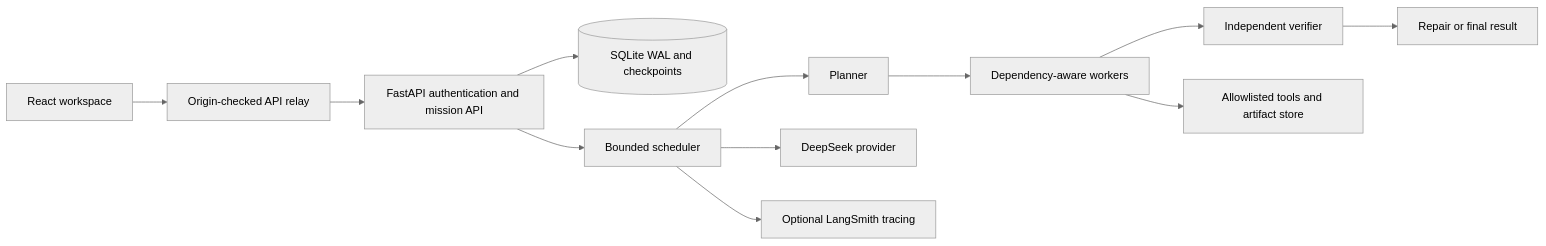
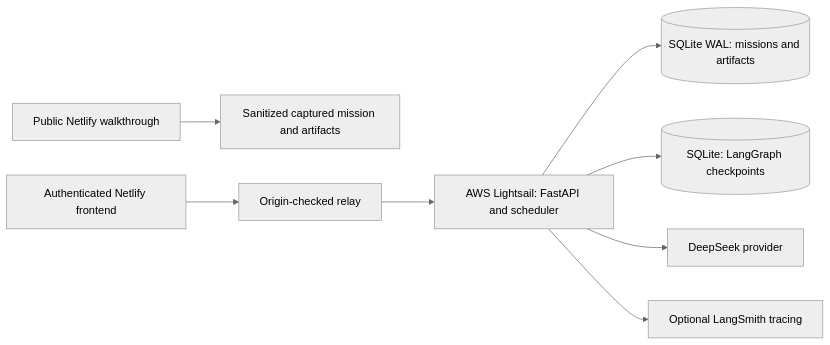
One commit to shanto12/swarm-nexus-showcase changed the diagram in README.md. Above: the diagram before and after it, drawn with Mermaid (neutral theme). The commit also changed other lines of this file and 3 other files, not shown here.

Commit message:
Present Nexus cloud architecture and verified results for reviewers

````diff
--- a/README.md
+++ b/README.md
@@ -23,14 +26,10 @@
 ```mermaid
 flowchart LR
-  UI[React workspace] --> Relay[Origin-checked API relay]
-  Relay --> API[FastAPI authentication and mission API]
-  API --> DB[(SQLite WAL and checkpoints)]
-  API --> Scheduler[Bounded scheduler]
-  Scheduler --> Plan[Planner]
-  Plan --> Workers[Dependency-aware workers]
-  Workers --> Verify[Independent verifier]
-  Verify --> Repair[Repair or final result]
-  Workers --> Tools[Allowlisted tools and artifact store]
-  Scheduler --> Provider[DeepSeek provider]
-  Scheduler --> Traces[Optional LangSmith tracing]
+  Public[Public Netlify walkthrough] --> Capture[Sanitized captured mission and artifacts]
+  UI[Authenticated Netlify frontend] --> Relay[Origin-checked relay]
+  Relay --> AWS[AWS Lightsail: FastAPI and scheduler]
+  AWS --> DB[(SQLite WAL: missions and artifacts)]
+  AWS --> CP[(SQLite: LangGraph checkpoints)]
+  AWS --> Provider[DeepSeek provider]
+  AWS --> Trace[Optional LangSmith tracing]
 ```
````
